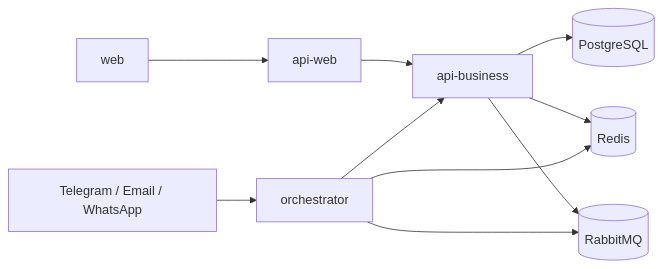
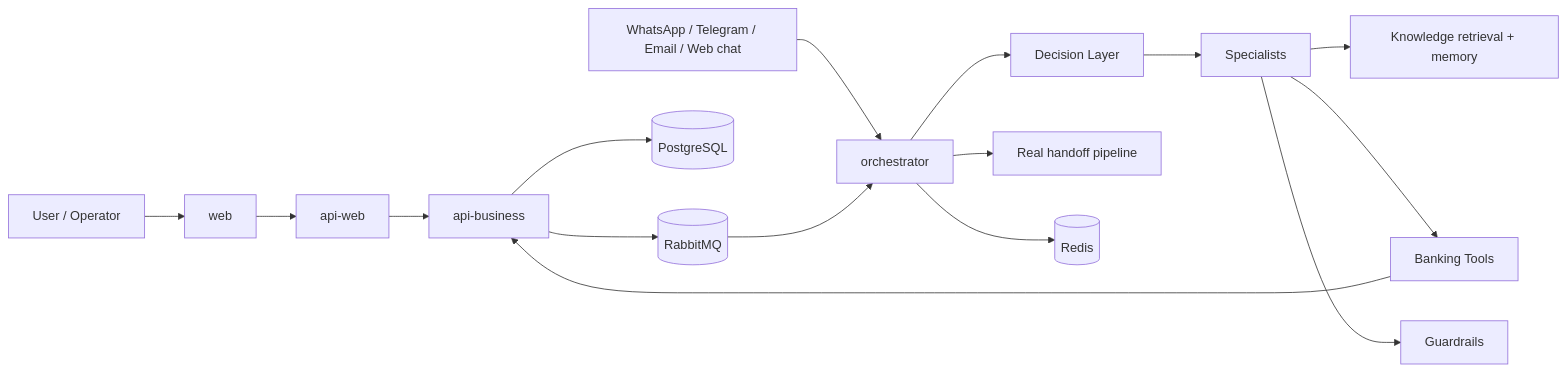
One commit to CiceroDeveloper01/rag-platform changed the diagram in docs/ARCHITECTURE.md. Above: the diagram before and after it, drawn with Mermaid. The commit also changed other lines of this file and 94 other files, not shown here.

````diff
--- a/docs/ARCHITECTURE.md
+++ b/docs/ARCHITECTURE.md
@@ -23,12 +56,20 @@
 ```mermaid
 flowchart LR
-    Web[web] --> APIWeb[api-web]
+    User[User / Operator] --> Web[web]
+    Web --> APIWeb[api-web]
     APIWeb --> APIBusiness[api-business]
-    Channel[Telegram / Email / WhatsApp] --> Orchestrator[orchestrator]
-    Orchestrator --> APIBusiness
+
+    Channel[WhatsApp / Telegram / Email / Web chat] --> Orchestrator[orchestrator]
+    Orchestrator --> Decision[Decision Layer]
+    Decision --> Specialists[Specialists]
+    Specialists --> Knowledge[Knowledge retrieval + memory]
+    Specialists --> Tools[Banking Tools]
+    Tools --> APIBusiness
+    Specialists --> Guardrails[Guardrails]
+    Orchestrator --> Handoff[Real handoff pipeline]
+
     APIBusiness --> Postgres[(PostgreSQL)]
-    APIBusiness --> Redis[(Redis)]
+    Orchestrator --> Redis[(Redis)]
     APIBusiness --> RabbitMQ[(RabbitMQ)]
-    Orchestrator --> Redis
-    Orchestrator --> RabbitMQ
+    RabbitMQ --> Orchestrator
 ```
````
